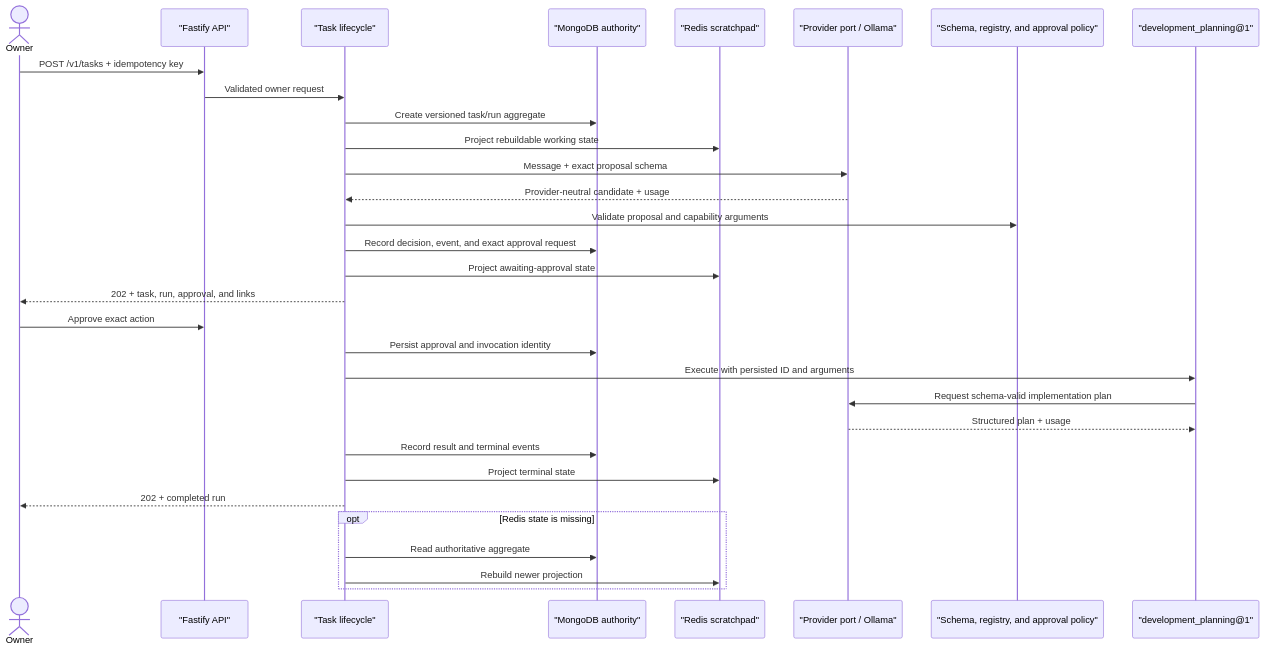
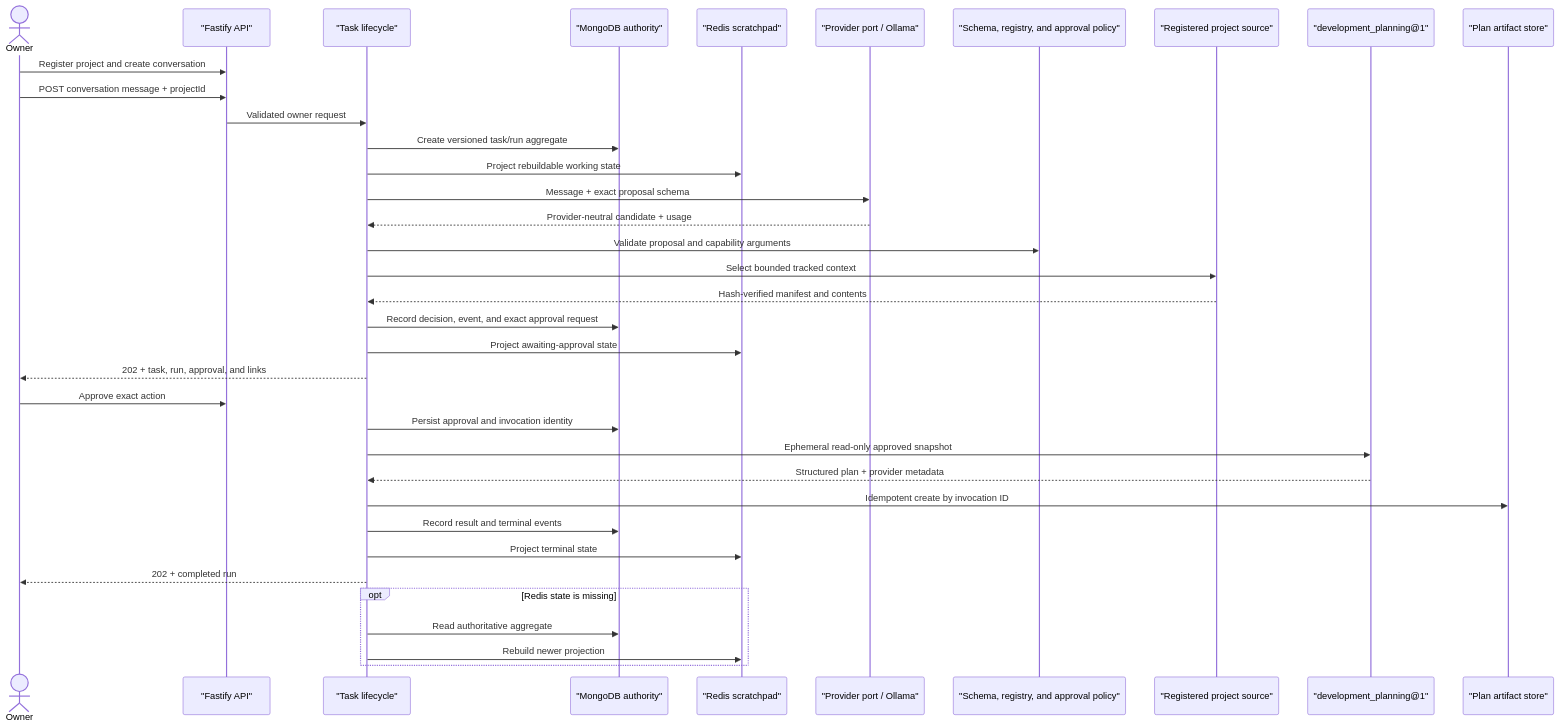
One commit to 4romgod/vera changed the fifth of 6 diagrams in docs/system-architecture.md. Above: the diagram before and after it, drawn with Mermaid. The commit also changed other lines of this file and 57 other files, not shown here.

````diff
--- a/docs/system-architecture.md
+++ b/docs/system-architecture.md
@@ -328,34 +328,39 @@
 ```mermaid
 sequenceDiagram
     actor Owner
     participant API as "Fastify API"
     participant Life as "Task lifecycle"
     participant Mongo as "MongoDB authority"
     participant Redis as "Redis scratchpad"
     participant Model as "Provider port / Ollama"
     participant Policy as "Schema, registry, and approval policy"
+    participant Source as "Registered project source"
     participant Capability as "development_planning@1"
+    participant Artifact as "Plan artifact store"
 
-    Owner->>API: POST /v1/tasks + idempotency key
+    Owner->>API: Register project and create conversation
+    Owner->>API: POST conversation message + projectId
     API->>Life: Validated owner request
     Life->>Mongo: Create versioned task/run aggregate
     Life->>Redis: Project rebuildable working state
     Life->>Model: Message + exact proposal schema
     Model-->>Life: Provider-neutral candidate + usage
     Life->>Policy: Validate proposal and capability arguments
+    Life->>Source: Select bounded tracked context
+    Source-->>Life: Hash-verified manifest and contents
     Life->>Mongo: Record decision, event, and exact approval request
     Life->>Redis: Project awaiting-approval state
     Life-->>Owner: 202 + task, run, approval, and links
     Owner->>API: Approve exact action
     Life->>Mongo: Persist approval and invocation identity
-    Life->>Capability: Execute with persisted ID and arguments
-    Capability->>Model: Request schema-valid implementation plan
-    Model-->>Capability: Structured plan + usage
+    Life->>Capability: Ephemeral read-only approved snapshot
+    Capability-->>Life: Structured plan + provider metadata
+    Life->>Artifact: Idempotent create by invocation ID
     Life->>Mongo: Record result and terminal events
     Life->>Redis: Project terminal state
     Life-->>Owner: 202 + completed run
     opt Redis state is missing
         Life->>Mongo: Read authoritative aggregate
         Life->>Redis: Rebuild newer projection
     end
 ```
````
